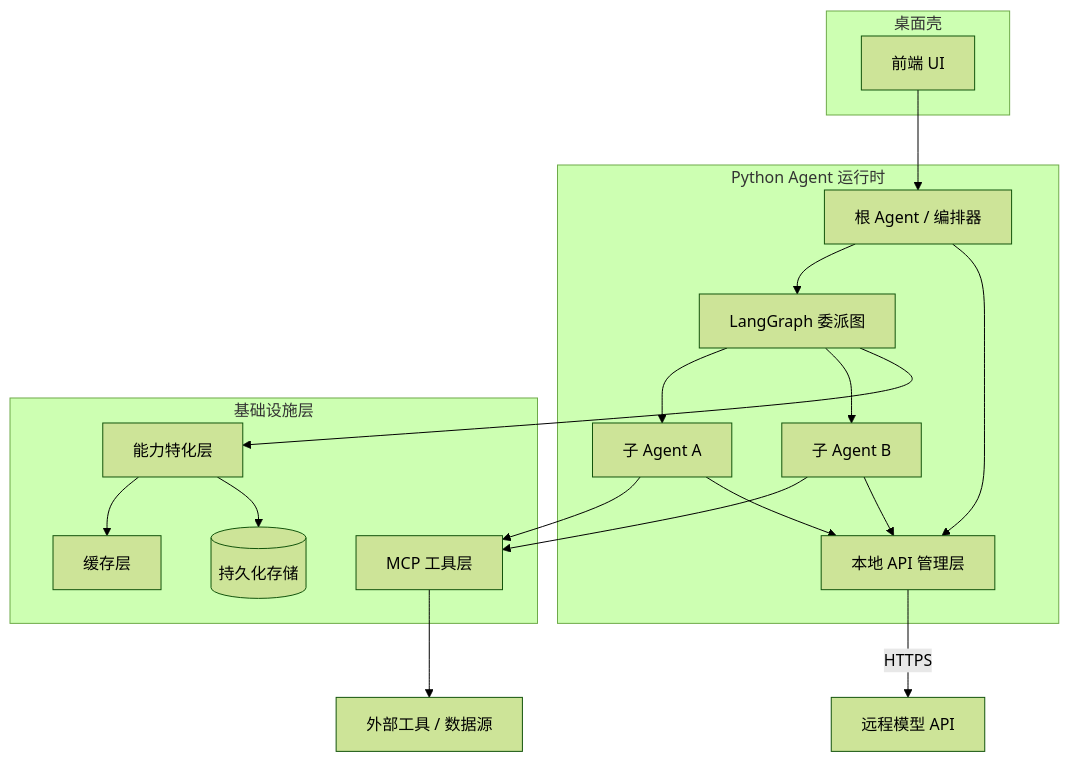
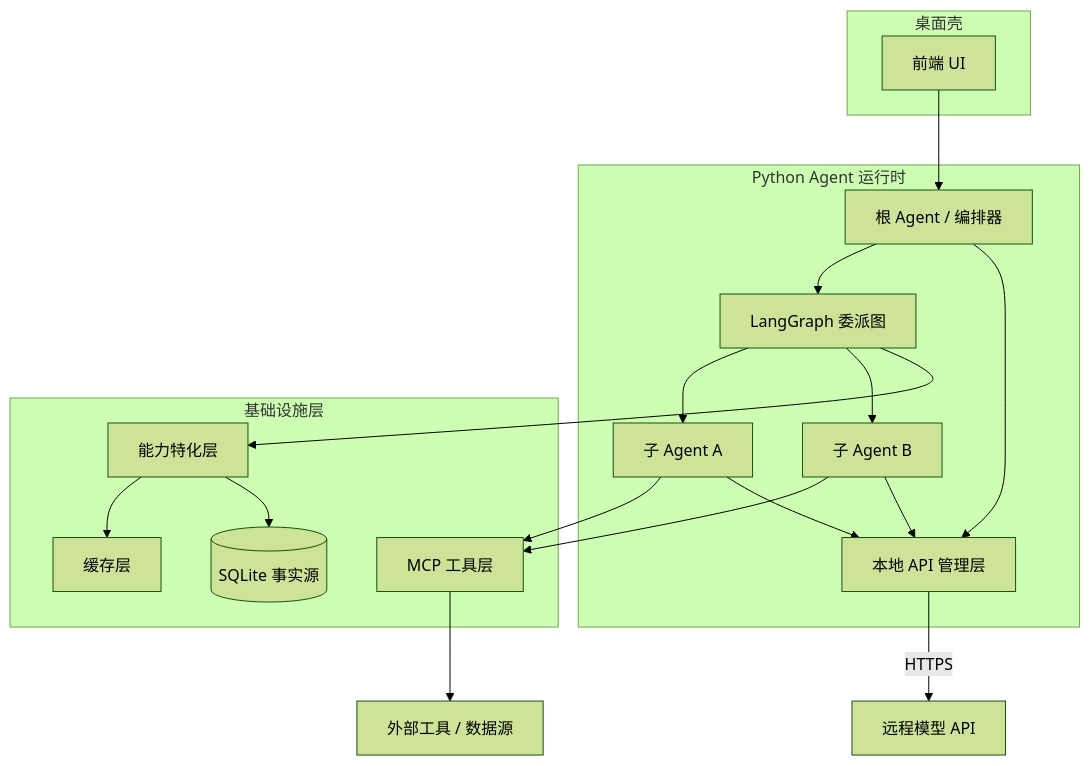
One commit to haha-ha-cuo/AuroraAgent-demo changed the diagram in docs/architecture/overview.md. Above: the diagram before and after it, drawn with Mermaid (forest theme). The commit also changed other lines of this file and 87 other files, not shown here.

Commit message:
Refactor agent architecture and frontend structure

````diff
--- a/docs/architecture/overview.md
+++ b/docs/architecture/overview.md
@@ -7,36 +7,36 @@
 ```mermaid
 flowchart TB
     subgraph Shell[桌面壳]
         UI[前端 UI]
     end
 
     subgraph Runtime[Python Agent 运行时]
         API[本地 API 管理层]
         Orchestrator[根 Agent / 编排器]
         Graph[LangGraph 委派图]
         SubA[子 Agent A]
         SubB[子 Agent B]
     end
 
     subgraph Infra[基础设施层]
         Cap[能力特化层]
         Cache[缓存层]
         MCPLayer[MCP 工具层]
-        Store[(持久化存储)]
+        Store[(SQLite 事实源)]
     end
 
     UI --> Orchestrator
     Orchestrator --> Graph
     Graph --> SubA
     Graph --> SubB
     Graph --> Cap
     SubA --> MCPLayer
     SubB --> MCPLayer
     Cap --> Cache
     Cap --> Store
     MCPLayer --> Ext[外部工具 / 数据源]
     Orchestrator --> API
     SubA --> API
     SubB --> API
     API -->|HTTPS| Remote[远程模型 API]
 ```
````
